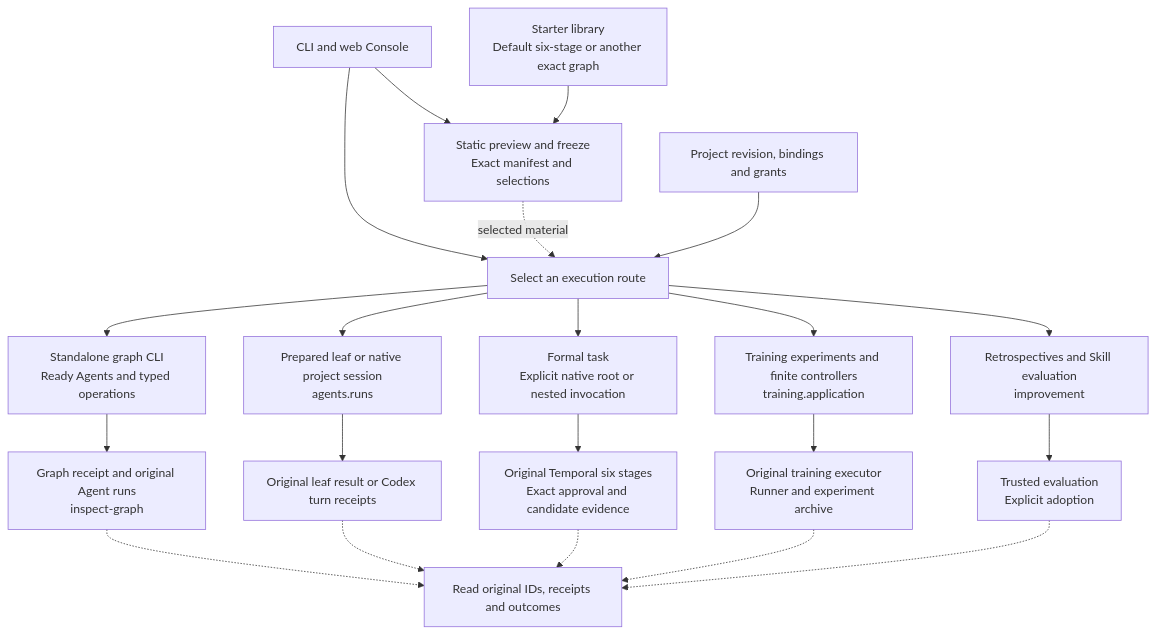
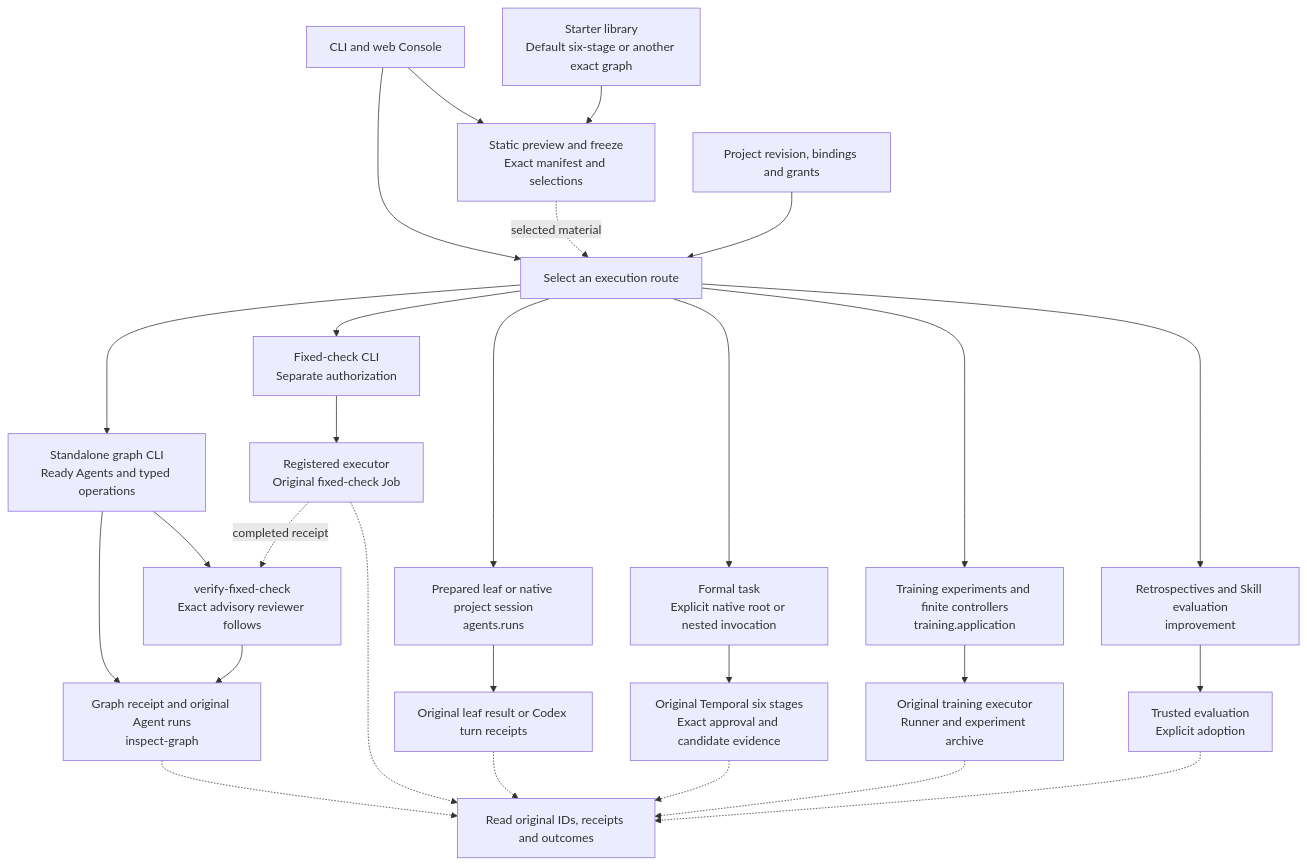
Before and after one commit to 626619403/Ergora: the diagram in docs/architecture/framework-tour.md, drawn with Mermaid. The commit also changed other lines of this file, not shown here.

Commit message:
Map scoped fixed verification and graph evidence

````diff
--- a/docs/architecture/framework-tour.md
+++ b/docs/architecture/framework-tour.md
@@ -13,26 +13,32 @@
 ```mermaid
 flowchart TB
   Entry["CLI and web Console"] --> Select["Select an execution route"]
   Entry --> Freeze["Static preview and freeze<br/>Exact manifest and selections"]
   Assets["Starter library<br/>Default six-stage or another exact graph"] --> Freeze
   Freeze -. "selected material" .-> Select
   Config["Project revision, bindings and grants"] --> Select
 
+  Select --> Check["Fixed-check CLI<br/>Separate authorization"]
   Select --> Graph["Standalone graph CLI<br/>Ready Agents and typed operations"]
   Select --> Session["Prepared leaf or native project session<br/>agents.runs"]
   Select --> Dev["Formal task<br/>Explicit native root or nested invocation"]
   Select --> Train["Training experiments and finite controllers<br/>training.application"]
   Select --> Improve["Retrospectives and Skill evaluation<br/>improvement"]
 
+  Check --> CheckJob["Registered executor<br/>Original fixed-check Job"]
   Graph --> GraphProof["Graph receipt and original Agent runs<br/>inspect-graph"]
+  Graph --> Gate["verify-fixed-check<br/>Exact advisory reviewer follows"]
+  CheckJob -. "completed receipt" .-> Gate
+  Gate --> GraphProof
   Session --> Turn["Original leaf result or Codex turn receipts"]
   Dev --> Six["Original Temporal six stages<br/>Exact approval and candidate evidence"]
   Train --> Runner["Original training executor<br/>Runner and experiment archive"]
   Improve --> Eval["Trusted evaluation<br/>Explicit adoption"]
 
   GraphProof -.-> Recover["Read original IDs, receipts and outcomes"]
+  CheckJob -.-> Recover
   Turn -.-> Recover
   Six -.-> Recover
   Runner -.-> Recover
   Eval -.-> Recover
 ```
````
